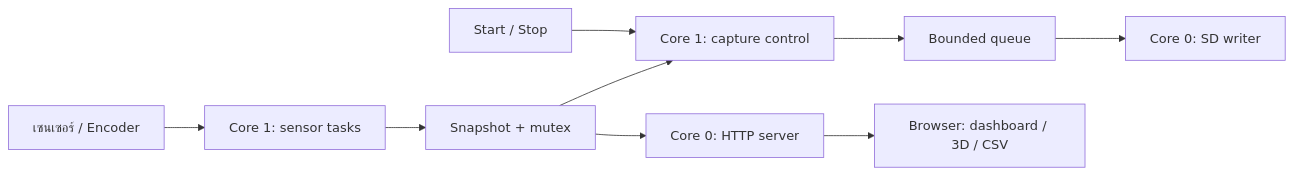
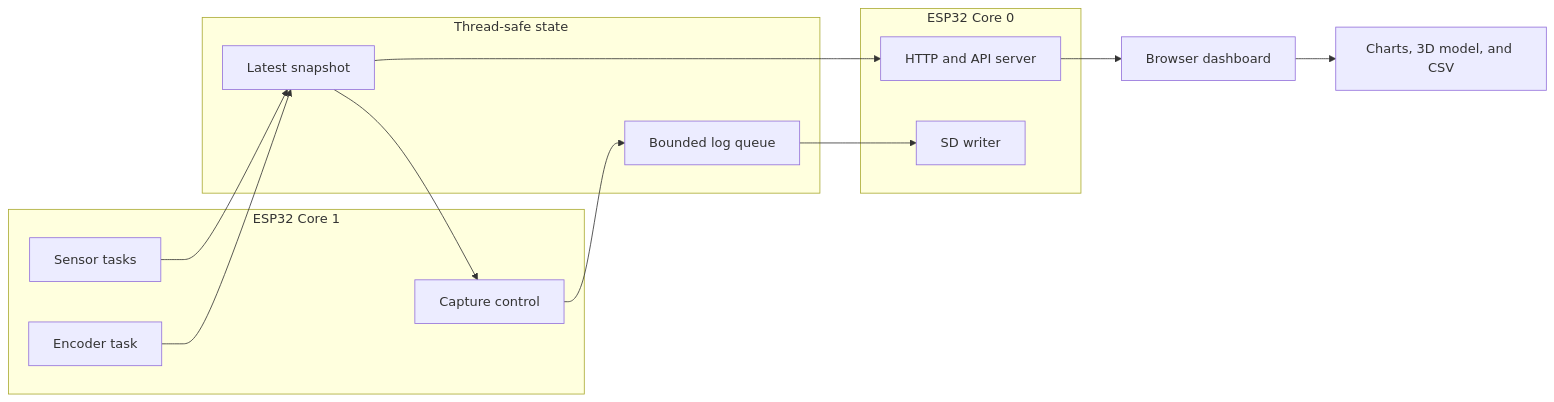
One commit to poommyroboticcamera-netizen/DATA-Logging-Dashboard-esp32 changed the diagram in README.md. Above: the diagram before and after it, drawn with Mermaid. The commit also changed other lines of this file and 2 other files, not shown here.

````diff
--- a/README.md
+++ b/README.md
@@ -123,11 +53,27 @@
 ```mermaid
 flowchart LR
-  Sensors[เซนเซอร์ / Encoder] --> Acquisition[Core 1: sensor tasks]
-  Switches[Start / Stop] --> Capture[Core 1: capture control]
-  Acquisition --> State[Snapshot + mutex]
-  State --> Capture
-  Capture --> Queue[Bounded queue]
-  Queue --> SD[Core 0: SD writer]
-  State --> Web[Core 0: HTTP server]
-  Web --> Browser[Browser: dashboard / 3D / CSV]
+    subgraph C1[ESP32 Core 1]
+        S[Sensor tasks]
+        E[Encoder task]
+        C[Capture control]
+    end
+
+    subgraph Shared[Thread-safe state]
+        M[Latest snapshot]
+        Q[Bounded log queue]
+    end
+
+    subgraph C0[ESP32 Core 0]
+        W[HTTP and API server]
+        D[SD writer]
+    end
+
+    S --> M
+    E --> M
+    C --> Q
+    M --> C
+    Q --> D
+    M --> W
+    W --> B[Browser dashboard]
+    B --> CSV[Charts, 3D model, and CSV]
 ```
````
